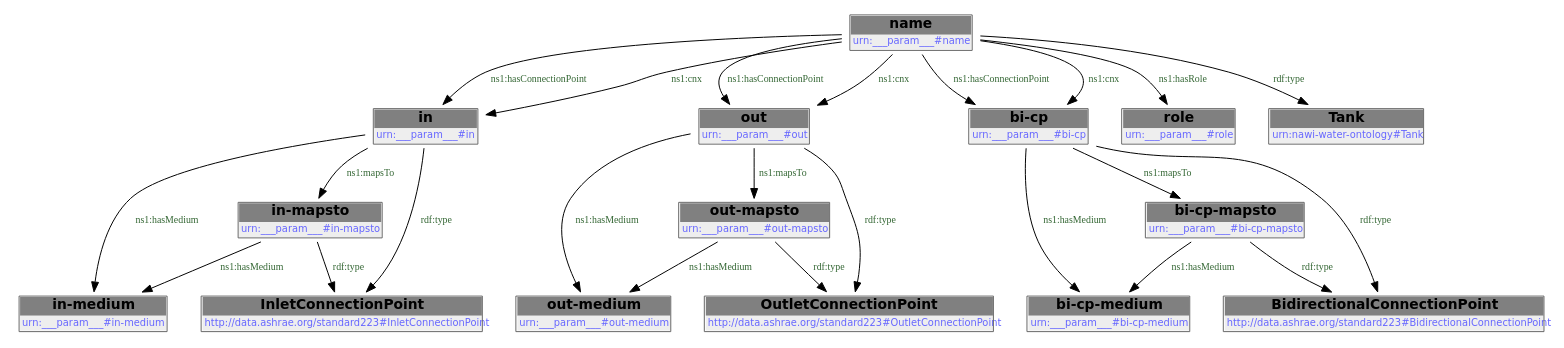
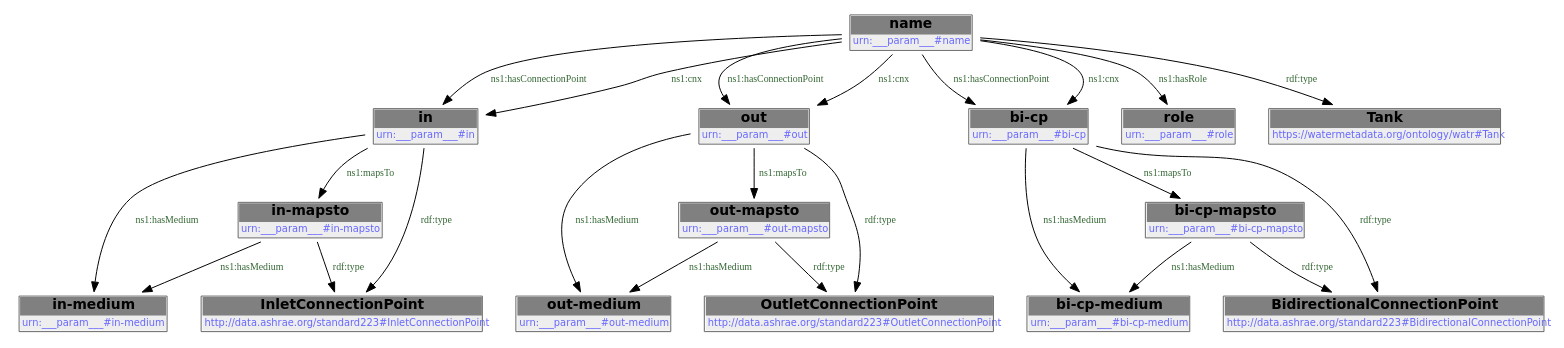
One commit to DataDrivenCPS/water-ontology changed the second of 2 diagrams in docs/libraries/templates/tank.rst. Above: the diagram before and after it, drawn with Graphviz. The commit also changed other lines of this file and 43 other files, not shown here.

First line of the commit message:
feat: move ontology to https://watermetadata.org base URI

```diff
--- a/docs/libraries/templates/tank.rst
+++ b/docs/libraries/templates/tank.rst
@@ -118,43 +118,43 @@
         .. graphviz::
 
                 digraph G {
             node [fontname="DejaVu Sans"];
             node0 -> node1 [color=BLACK, label=< <font point-size='10' color='#336633'>ns1:hasConnectionPoint</font> >];
             node1 -> node2 [color=BLACK, label=< <font point-size='10' color='#336633'>ns1:hasMedium</font> >];
             node0 -> node3 [color=BLACK, label=< <font point-size='10' color='#336633'>ns1:hasConnectionPoint</font> >];
             node4 -> node2 [color=BLACK, label=< <font point-size='10' color='#336633'>ns1:hasMedium</font> >];
             node3 -> node5 [color=BLACK, label=< <font point-size='10' color='#336633'>ns1:hasMedium</font> >];
             node0 -> node1 [color=BLACK, label=< <font point-size='10' color='#336633'>ns1:cnx</font> >];
             node1 -> node6 [color=BLACK, label=< <font point-size='10' color='#336633'>rdf:type</font> >];
             node0 -> node3 [color=BLACK, label=< <font point-size='10' color='#336633'>ns1:cnx</font> >];
             node7 -> node8 [color=BLACK, label=< <font point-size='10' color='#336633'>rdf:type</font> >];
             node9 -> node10 [color=BLACK, label=< <font point-size='10' color='#336633'>ns1:hasMedium</font> >];
             node4 -> node6 [color=BLACK, label=< <font point-size='10' color='#336633'>rdf:type</font> >];
             node3 -> node7 [color=BLACK, label=< <font point-size='10' color='#336633'>ns1:mapsTo</font> >];
             node11 -> node10 [color=BLACK, label=< <font point-size='10' color='#336633'>ns1:hasMedium</font> >];
             node3 -> node8 [color=BLACK, label=< <font point-size='10' color='#336633'>rdf:type</font> >];
             node0 -> node11 [color=BLACK, label=< <font point-size='10' color='#336633'>ns1:hasConnectionPoint</font> >];
             node7 -> node5 [color=BLACK, label=< <font point-size='10' color='#336633'>ns1:hasMedium</font> >];
             node11 -> node9 [color=BLACK, label=< <font point-size='10' color='#336633'>ns1:mapsTo</font> >];
             node0 -> node12 [color=BLACK, label=< <font point-size='10' color='#336633'>ns1:hasRole</font> >];
             node0 -> node11 [color=BLACK, label=< <font point-size='10' color='#336633'>ns1:cnx</font> >];
             node0 -> node13 [color=BLACK, label=< <font point-size='10' color='#336633'>rdf:type</font> >];
             node9 -> node14 [color=BLACK, label=< <font point-size='10' color='#336633'>rdf:type</font> >];
             node1 -> node4 [color=BLACK, label=< <font point-size='10' color='#336633'>ns1:mapsTo</font> >];
             node11 -> node14 [color=BLACK, label=< <font point-size='10' color='#336633'>rdf:type</font> >];
             node0 [shape=none, color=black, label=< <table color='#666666' cellborder='0' cellspacing='0' border='1'><tr><td colspan='2' bgcolor='grey'><B>name</B></td></tr><tr><td href='urn:___param___#name' bgcolor='#eeeeee' colspan='2'><font point-size='10' color='#6666ff'>urn:___param___#name</font></td></tr></table> >];
             node1 [shape=none, color=black, label=< <table color='#666666' cellborder='0' cellspacing='0' border='1'><tr><td colspan='2' bgcolor='grey'><B>in</B></td></tr><tr><td href='urn:___param___#in' bgcolor='#eeeeee' colspan='2'><font point-size='10' color='#6666ff'>urn:___param___#in</font></td></tr></table> >];
             node2 [shape=none, color=black, label=< <table color='#666666' cellborder='0' cellspacing='0' border='1'><tr><td colspan='2' bgcolor='grey'><B>in-medium</B></td></tr><tr><td href='urn:___param___#in-medium' bgcolor='#eeeeee' colspan='2'><font point-size='10' color='#6666ff'>urn:___param___#in-medium</font></td></tr></table> >];
             node3 [shape=none, color=black, label=< <table color='#666666' cellborder='0' cellspacing='0' border='1'><tr><td colspan='2' bgcolor='grey'><B>out</B></td></tr><tr><td href='urn:___param___#out' bgcolor='#eeeeee' colspan='2'><font point-size='10' color='#6666ff'>urn:___param___#out</font></td></tr></table> >];
             node4 [shape=none, color=black, label=< <table color='#666666' cellborder='0' cellspacing='0' border='1'><tr><td colspan='2' bgcolor='grey'><B>in-mapsto</B></td></tr><tr><td href='urn:___param___#in-mapsto' bgcolor='#eeeeee' colspan='2'><font point-size='10' color='#6666ff'>urn:___param___#in-mapsto</font></td></tr></table> >];
             node5 [shape=none, color=black, label=< <table color='#666666' cellborder='0' cellspacing='0' border='1'><tr><td colspan='2' bgcolor='grey'><B>out-medium</B></td></tr><tr><td href='urn:___param___#out-medium' bgcolor='#eeeeee' colspan='2'><font point-size='10' color='#6666ff'>urn:___param___#out-medium</font></td></tr></table> >];
             node6 [shape=none, color=black, label=< <table color='#666666' cellborder='0' cellspacing='0' border='1'><tr><td colspan='2' bgcolor='grey'><B>InletConnectionPoint</B></td></tr><tr><td href='http://data.ashrae.org/standard223#InletConnectionPoint' bgcolor='#eeeeee' colspan='2'><font point-size='10' color='#6666ff'>http://data.ashrae.org/standard223#InletConnectionPoint</font></td></tr></table> >];
             node7 [shape=none, color=black, label=< <table color='#666666' cellborder='0' cellspacing='0' border='1'><tr><td colspan='2' bgcolor='grey'><B>out-mapsto</B></td></tr><tr><td href='urn:___param___#out-mapsto' bgcolor='#eeeeee' colspan='2'><font point-size='10' color='#6666ff'>urn:___param___#out-mapsto</font></td></tr></table> >];
             node8 [shape=none, color=black, label=< <table color='#666666' cellborder='0' cellspacing='0' border='1'><tr><td colspan='2' bgcolor='grey'><B>OutletConnectionPoint</B></td></tr><tr><td href='http://data.ashrae.org/standard223#OutletConnectionPoint' bgcolor='#eeeeee' colspan='2'><font point-size='10' color='#6666ff'>http://data.ashrae.org/standard223#OutletConnectionPoint</font></td></tr></table> >];
             node9 [shape=none, color=black, label=< <table color='#666666' cellborder='0' cellspacing='0' border='1'><tr><td colspan='2' bgcolor='grey'><B>bi-cp-mapsto</B></td></tr><tr><td href='urn:___param___#bi-cp-mapsto' bgcolor='#eeeeee' colspan='2'><font point-size='10' color='#6666ff'>urn:___param___#bi-cp-mapsto</font></td></tr></table> >];
             node10 [shape=none, color=black, label=< <table color='#666666' cellborder='0' cellspacing='0' border='1'><tr><td colspan='2' bgcolor='grey'><B>bi-cp-medium</B></td></tr><tr><td href='urn:___param___#bi-cp-medium' bgcolor='#eeeeee' colspan='2'><font point-size='10' color='#6666ff'>urn:___param___#bi-cp-medium</font></td></tr></table> >];
             node11 [shape=none, color=black, label=< <table color='#666666' cellborder='0' cellspacing='0' border='1'><tr><td colspan='2' bgcolor='grey'><B>bi-cp</B></td></tr><tr><td href='urn:___param___#bi-cp' bgcolor='#eeeeee' colspan='2'><font point-size='10' color='#6666ff'>urn:___param___#bi-cp</font></td></tr></table> >];
             node12 [shape=none, color=black, label=< <table color='#666666' cellborder='0' cellspacing='0' border='1'><tr><td colspan='2' bgcolor='grey'><B>role</B></td></tr><tr><td href='urn:___param___#role' bgcolor='#eeeeee' colspan='2'><font point-size='10' color='#6666ff'>urn:___param___#role</font></td></tr></table> >];
-            node13 [shape=none, color=black, label=< <table color='#666666' cellborder='0' cellspacing='0' border='1'><tr><td colspan='2' bgcolor='grey'><B>Tank</B></td></tr><tr><td href='urn:nawi-water-ontology#Tank' bgcolor='#eeeeee' colspan='2'><font point-size='10' color='#6666ff'>urn:nawi-water-ontology#Tank</font></td></tr></table> >];
+            node13 [shape=none, color=black, label=< <table color='#666666' cellborder='0' cellspacing='0' border='1'><tr><td colspan='2' bgcolor='grey'><B>Tank</B></td></tr><tr><td href='https://watermetadata.org/ontology/watr#Tank' bgcolor='#eeeeee' colspan='2'><font point-size='10' color='#6666ff'>https://watermetadata.org/ontology/watr#Tank</font></td></tr></table> >];
             node14 [shape=none, color=black, label=< <table color='#666666' cellborder='0' cellspacing='0' border='1'><tr><td colspan='2' bgcolor='grey'><B>BidirectionalConnectionPoint</B></td></tr><tr><td href='http://data.ashrae.org/standard223#BidirectionalConnectionPoint' bgcolor='#eeeeee' colspan='2'><font point-size='10' color='#6666ff'>http://data.ashrae.org/standard223#BidirectionalConnectionPoint</font></td></tr></table> >];
             }
```
